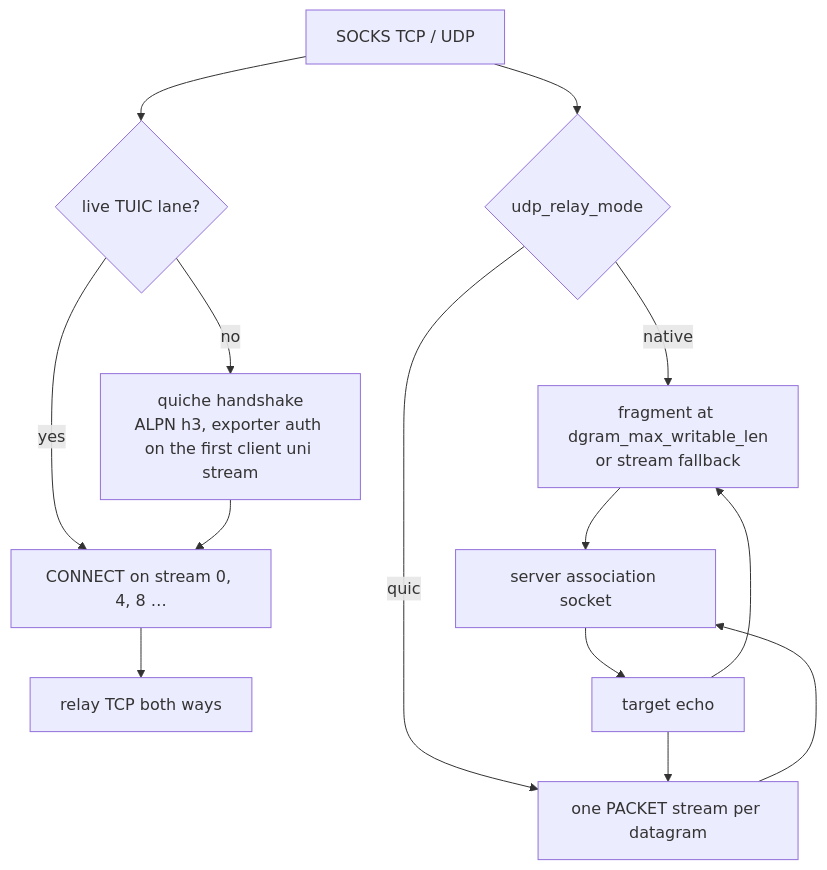
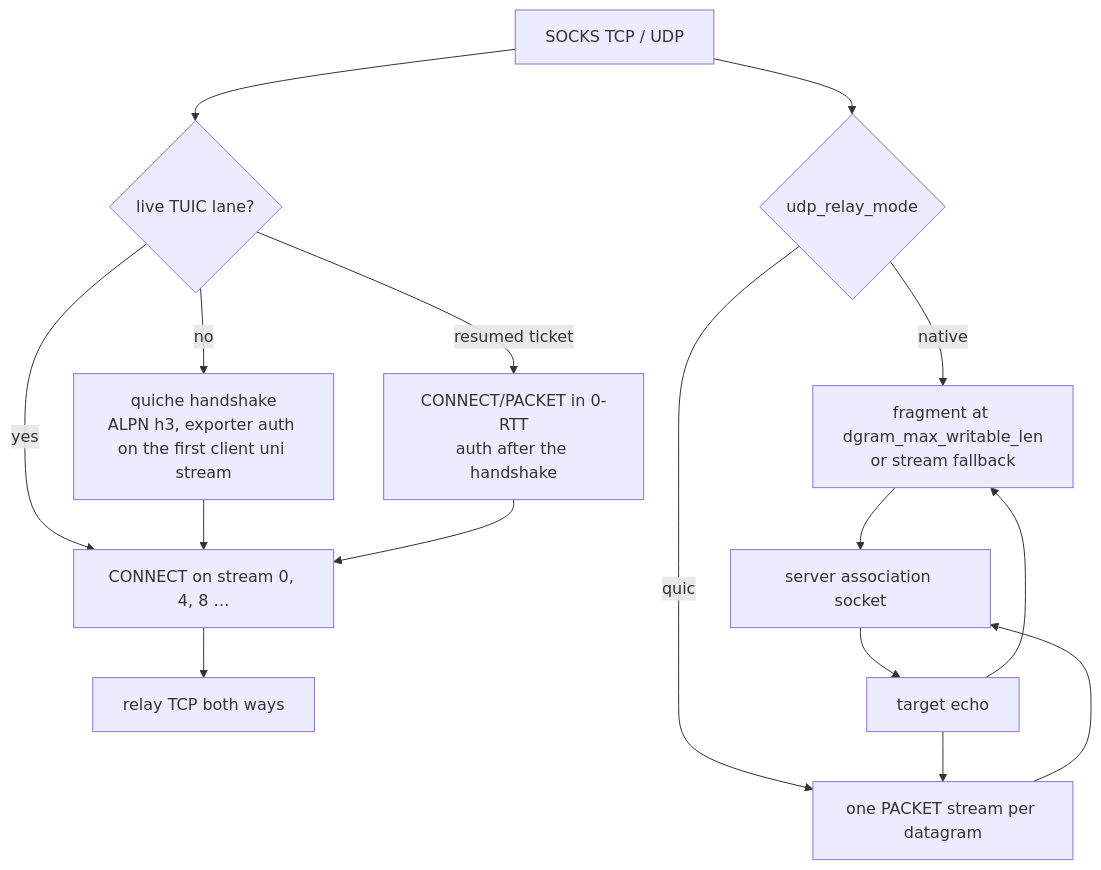
One commit to ferroxdev/ferrox changed the diagram in docs/function/tuic.md. Above: the diagram before and after it, drawn with Mermaid. The commit also changed other lines of this file and 3 other files, not shown here.

````diff
--- a/docs/function/tuic.md
+++ b/docs/function/tuic.md
@@ -13,16 +13,18 @@
 ```mermaid
 graph TD
     S["SOCKS TCP / UDP"] --> O{"live TUIC lane?"}
     O -- no --> H["quiche handshake<br/>ALPN h3, exporter auth on the first client uni stream"]
     O -- yes --> C["CONNECT on stream 0, 4, 8 …"]
     H --> C
+    O -- "resumed ticket" --> Z["CONNECT/PACKET in 0-RTT<br/>auth after the handshake"]
+    Z --> C
     C --> R["relay TCP both ways"]
     S --> U{"udp_relay_mode"}
     U -- native --> D["fragment at dgram_max_writable_len<br/>or stream fallback"]
     U -- quic --> Q["one PACKET stream per datagram"]
     D --> P["server association socket"]
     Q --> P
     P --> E["target echo"]
     E --> D
     E --> Q
 ```
````
